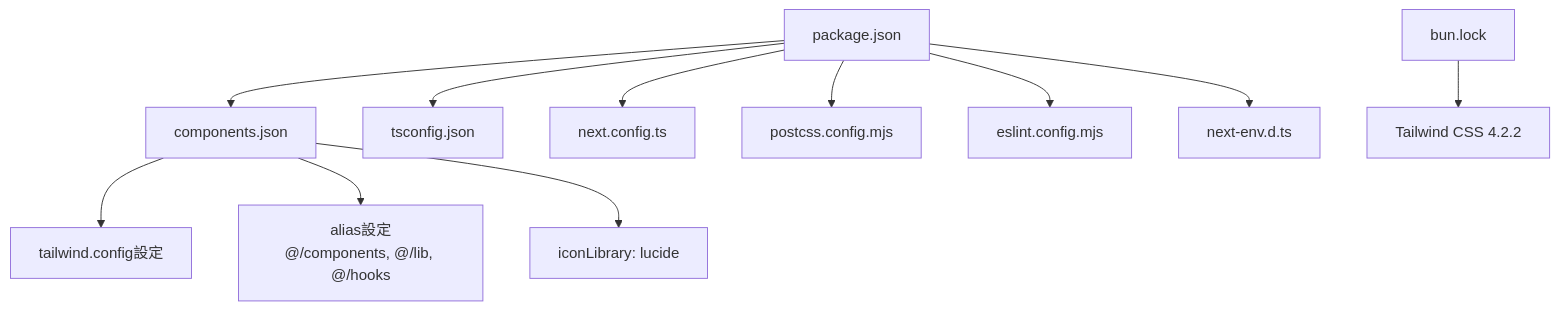
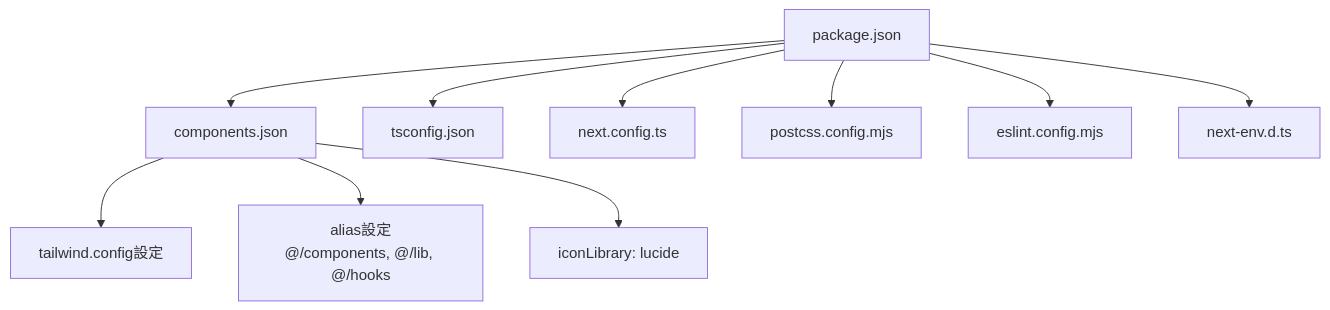
The ninth of 14 diagrams in .qoder/repowiki/ja/content/フロントエンド開発/フロントエンド開発.md (ss8806/Todos), drawn with Mermaid before and after one commit. The commit also changed other lines of this file and 5 other files, not shown here.

First line of the commit message:
📐 Architecture Diagram詳細化

````diff
--- a/.qoder/repowiki/ja/content/フロントエンド開発/フロントエンド開発.md
+++ b/.qoder/repowiki/ja/content/フロントエンド開発/フロントエンド開発.md
@@ -494,21 +477,19 @@
 ```mermaid
 graph TB
 PKG["package.json"]
 COMPJSON["components.json"]
 TSCFG["tsconfig.json"]
 NEXTCFG["next.config.ts"]
 POSTCSS["postcss.config.mjs"]
 ESLINT["eslint.config.mjs"]
 NEXTENV["next-env.d.ts"]
-BUNLOCK["bun.lock"]
 PKG --> NEXTCFG
 PKG --> TSCFG
 PKG --> POSTCSS
 PKG --> ESLINT
 PKG --> NEXTENV
 PKG --> COMPJSON
 COMPJSON --> TAILWIND["tailwind.config設定"]
 COMPJSON --> ALIASES["alias設定<br/>@/components, @/lib, @/hooks"]
 COMPJSON --> ICONLIB["iconLibrary: lucide"]
-BUNLOCK --> TAILWIND4["Tailwind CSS 4.2.2"]
 ```
````
